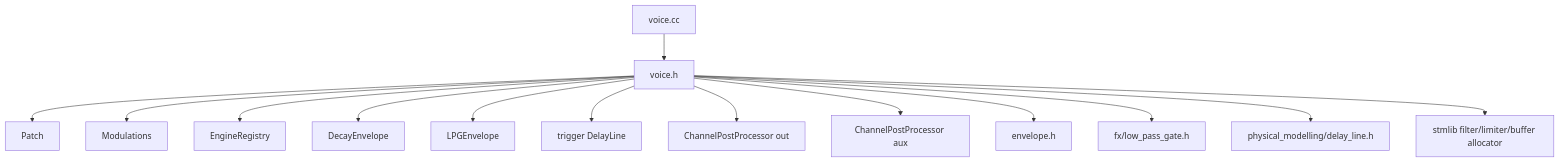
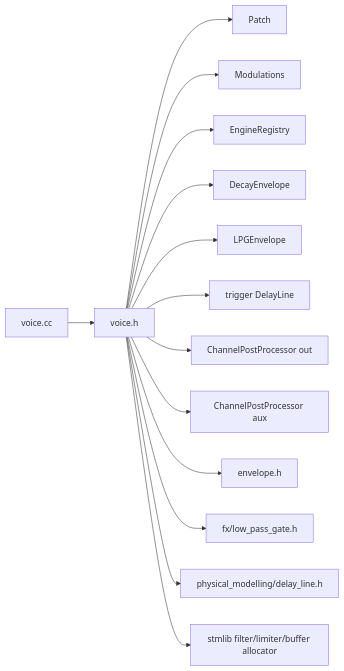
One commit to Denys/DaisyExamples changed the fourth of 8 diagrams in MyProjects/_projects/Field_MI_Plaits/Dependencies.md. Above: the diagram before and after it, drawn with Mermaid. The commit also changed other lines of this file, not shown here.

First line of the commit message:
Change flowchart syntax in Dependencies.md

````diff
--- a/MyProjects/_projects/Field_MI_Plaits/Dependencies.md
+++ b/MyProjects/_projects/Field_MI_Plaits/Dependencies.md
@@ -204,34 +204,34 @@
 ```mermaid
-flowchart TD
+flowchart LR
     VH[voice.h]
     VC[voice.cc]
 
     PATCH2[Patch]
     MODS2[Modulations]
     REG[EngineRegistry]
     DENV[DecayEnvelope]
     LPG[LPGEnvelope]
     TDL[trigger DelayLine]
     OPP[ChannelPostProcessor out]
     APP2[ChannelPostProcessor aux]
 
     ENVH[envelope.h]
     LPGH[fx/low_pass_gate.h]
     DLH[physical_modelling/delay_line.h]
     STML[stmlib filter/limiter/buffer allocator]
 
     VC --> VH
     VH --> PATCH2
     VH --> MODS2
     VH --> REG
     VH --> DENV
     VH --> LPG
     VH --> TDL
     VH --> OPP
     VH --> APP2
 
     VH --> ENVH
     VH --> LPGH
     VH --> DLH
     VH --> STML
 ```
````
